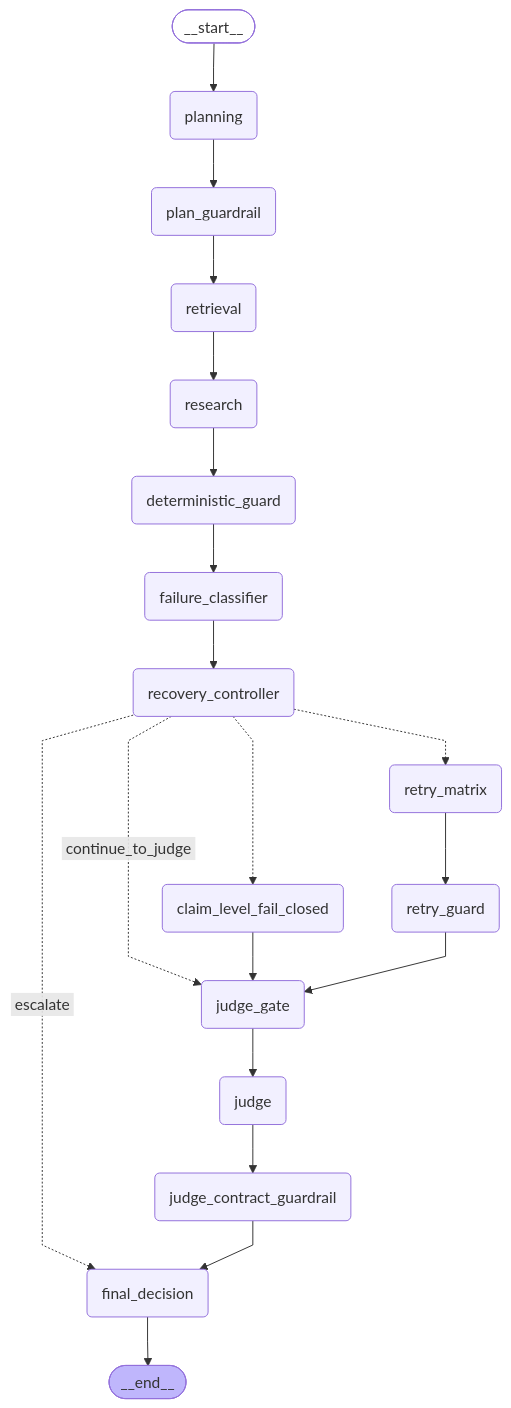
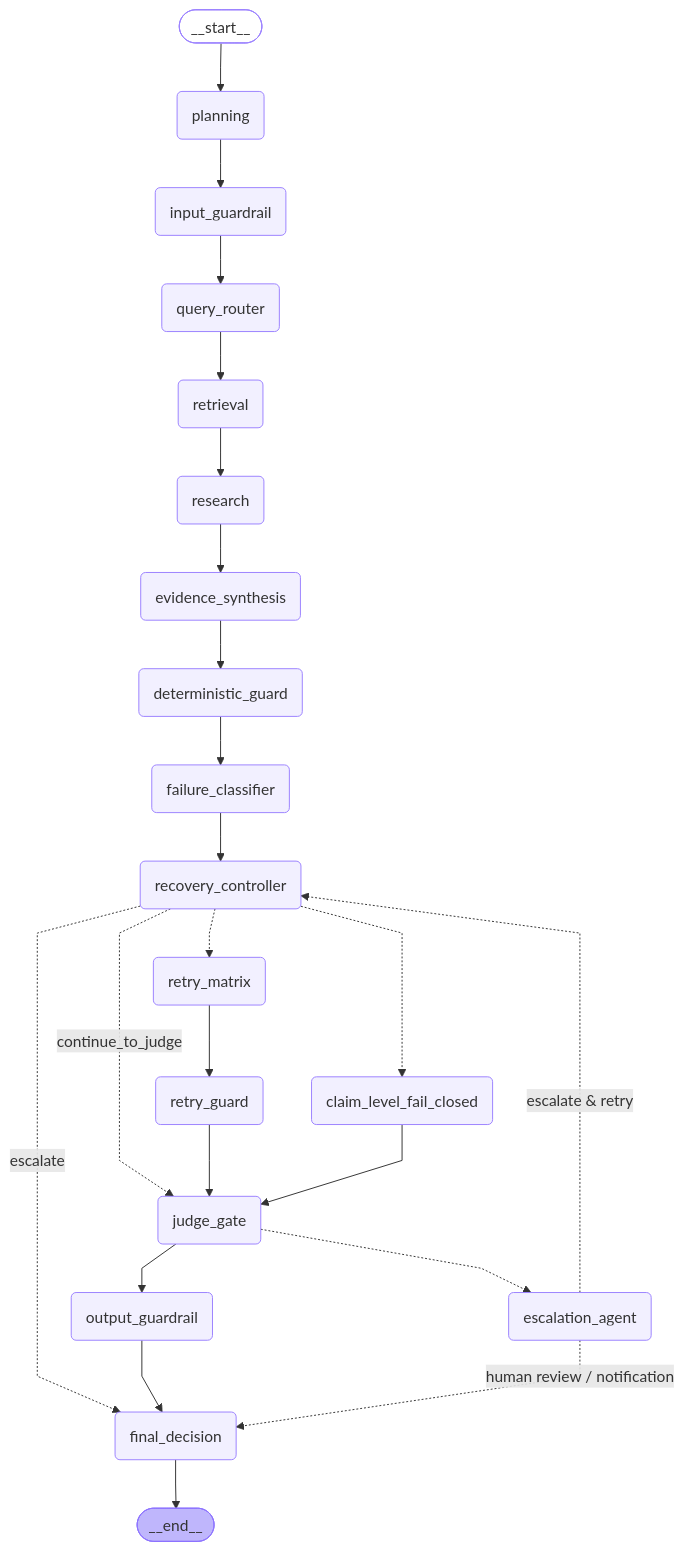
The diagram in README.md (jxc518/graphrag-banking-regulatory-intelligence), drawn with Mermaid before and after one commit.

Commit message:
Update workflow diagram in README.md

````diff
--- a/README.md
+++ b/README.md
@@ -78,46 +78,116 @@
     curve: linear
 ---
 graph TD;
+
     __start__([<p>__start__</p>]):::first
+
     planning(planning)
-    plan_guardrail(plan_guardrail)
+    input_guardrail(input_guardrail)
+    query_router(query_router)
     retrieval(retrieval)
     research(research)
+    evidence_synthesis(evidence_synthesis)
     deterministic_guard(deterministic_guard)
     failure_classifier(failure_classifier)
     recovery_controller(recovery_controller)
+
     retry_matrix(retry_matrix)
     retry_guard(retry_guard)
     claim_level_fail_closed(claim_level_fail_closed)
+
     judge_gate(judge_gate)
-    judge(judge)
-    judge_contract_guardrail(judge_contract_guardrail)
+    output_guardrail(output_guardrail)
+
+    escalation_agent(escalation_agent)
+
     final_decision(final_decision)
+
     __end__([<p>__end__</p>]):::last
 
+
+    %% ==========================================
+    %% MAIN GOVERNED WORKFLOW
+    %% ==========================================
+
     __start__ --> planning;
-    planning --> plan_guardrail;
-    plan_guardrail --> retrieval;
+    planning --> input_guardrail;
+    input_guardrail --> query_router;
+    query_router --> retrieval;
     retrieval --> research;
-    research --> deterministic_guard;
+    research --> evidence_synthesis;
+    evidence_synthesis --> deterministic_guard;
     deterministic_guard --> failure_classifier;
     failure_classifier --> recovery_controller;
 
+
+    %% ==========================================
+    %% RECOVERY CONTROLLER ROUTING
+    %% ==========================================
+
     recovery_controller -.-> claim_level_fail_closed;
-    recovery_controller -. &nbsp;continue_to_judge&nbsp; .-> judge_gate;
+
+    recovery_controller
+        -. continue_to_judge .->
+        judge_gate;
+
     recovery_controller -.-> retry_matrix;
-    recovery_controller -. &nbsp;escalate&nbsp; .-> final_decision;
 
-    claim_level_fail_closed --> judge_gate;
+    recovery_controller
+        -. escalate .->
+        final_decision;
+
+
+    %% ==========================================
+    %% RETRY PATH
+    %% ==========================================
+
     retry_matrix --> retry_guard;
     retry_guard --> judge_gate;
 
-    judge_gate --> judge;
-    judge --> judge_contract_guardrail;
-    judge_contract_guardrail --> final_decision;
+
+    %% ==========================================
+    %% CLAIM-LEVEL FAIL-CLOSED PATH
+    %% ==========================================
+
+    claim_level_fail_closed --> judge_gate;
+
+
+    %% ==========================================
+    %% JUDGE / OUTPUT GOVERNANCE
+    %% ==========================================
+
+    judge_gate --> output_guardrail;
+    output_guardrail --> final_decision;
+
+
+    %% ==========================================
+    %% ESCALATION / HUMAN REVIEW LOOP
+    %% ==========================================
+
+    judge_gate
+        -.-> escalation_agent;
+
+    escalation_agent
+        -. "escalate & retry" .->
+        recovery_controller;
+
+    escalation_agent
+        -. "human review / notification" .->
+        final_decision;
+
+
+    %% ==========================================
+    %% FINAL RESPONSE
+    %% ==========================================
+
     final_decision --> __end__;
 
-    classDef default fill:#f2f0ff,line-height:1.2
-    classDef first fill-opacity:0
-    classDef last fill:#bfb6fc
+
+    %% ==========================================
+    %% STYLING
+    %% ==========================================
+
+    classDef default fill:#f2f0ff,stroke:#9b82ff,stroke-width:1px,line-height:1.2
+    classDef first fill:#ffffff,stroke:#9b82ff,stroke-width:1px
+    classDef last fill:#bfb6fc,stroke:#8d73ff,stroke-width:1px
 ```
````
